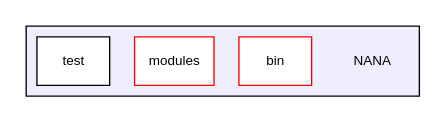
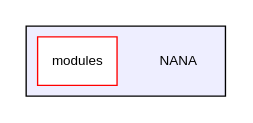
The diagram in docs/dir_7c9b6f0367ec74be5e320712e0f90a45_dep.dot (YuruTu/NANA), drawn with Graphviz before and after one commit. The commit also changed 316 other files, not shown here.

```diff
--- a/docs/dir_7c9b6f0367ec74be5e320712e0f90a45_dep.dot
+++ b/docs/dir_7c9b6f0367ec74be5e320712e0f90a45_dep.dot
@@ -1,12 +1,10 @@
 digraph "NANA" {
   compound=true
   node [ fontsize="10", fontname="Helvetica"];
   edge [ labelfontsize="10", labelfontname="Helvetica"];
   subgraph clusterdir_7c9b6f0367ec74be5e320712e0f90a45 {
     graph [ bgcolor="#eeeeff", pencolor="black", label="" URL="dir_7c9b6f0367ec74be5e320712e0f90a45.html"];
     dir_7c9b6f0367ec74be5e320712e0f90a45 [shape=plaintext label="NANA"];
-  dir_f5ddf8559e58b1343ad51e19c16eda1a [shape=box label="bin" fillcolor="white" style="filled" color="red" URL="dir_f5ddf8559e58b1343ad51e19c16eda1a.html"];
   dir_6b55659ead8ae8e939b199224b5f3833 [shape=box label="modules" fillcolor="white" style="filled" color="red" URL="dir_6b55659ead8ae8e939b199224b5f3833.html"];
-  dir_67ec44d8e79349673e34c9d0bc7a19b4 [shape=box label="test" fillcolor="white" style="filled" URL="dir_67ec44d8e79349673e34c9d0bc7a19b4.html"];
   }
 }
```
